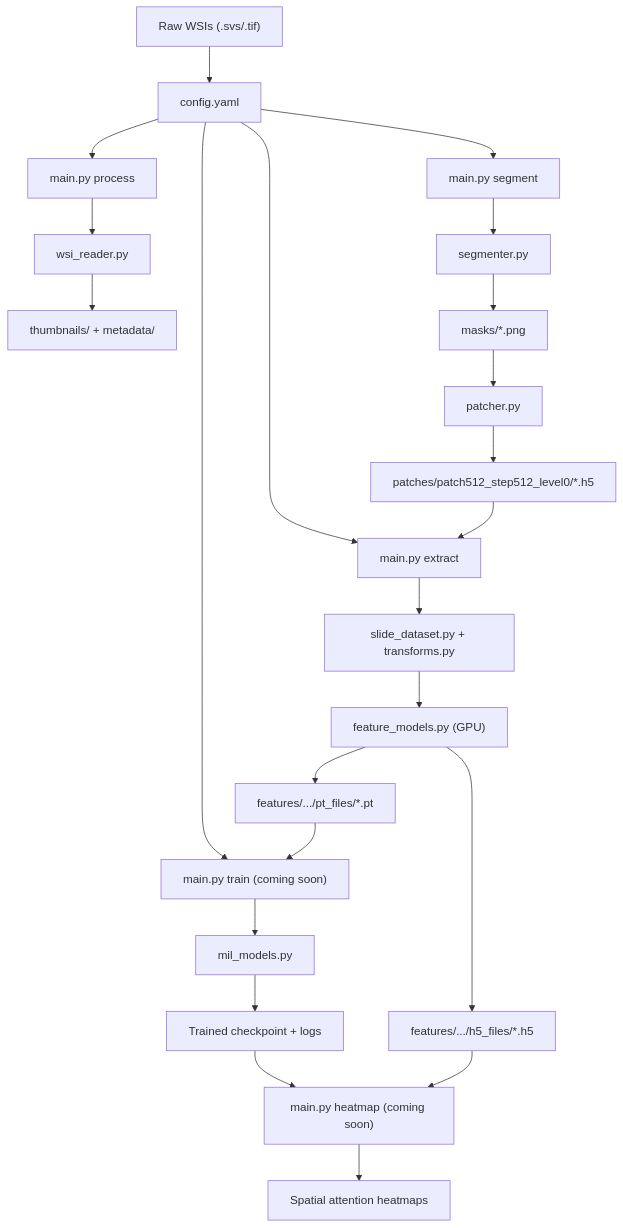
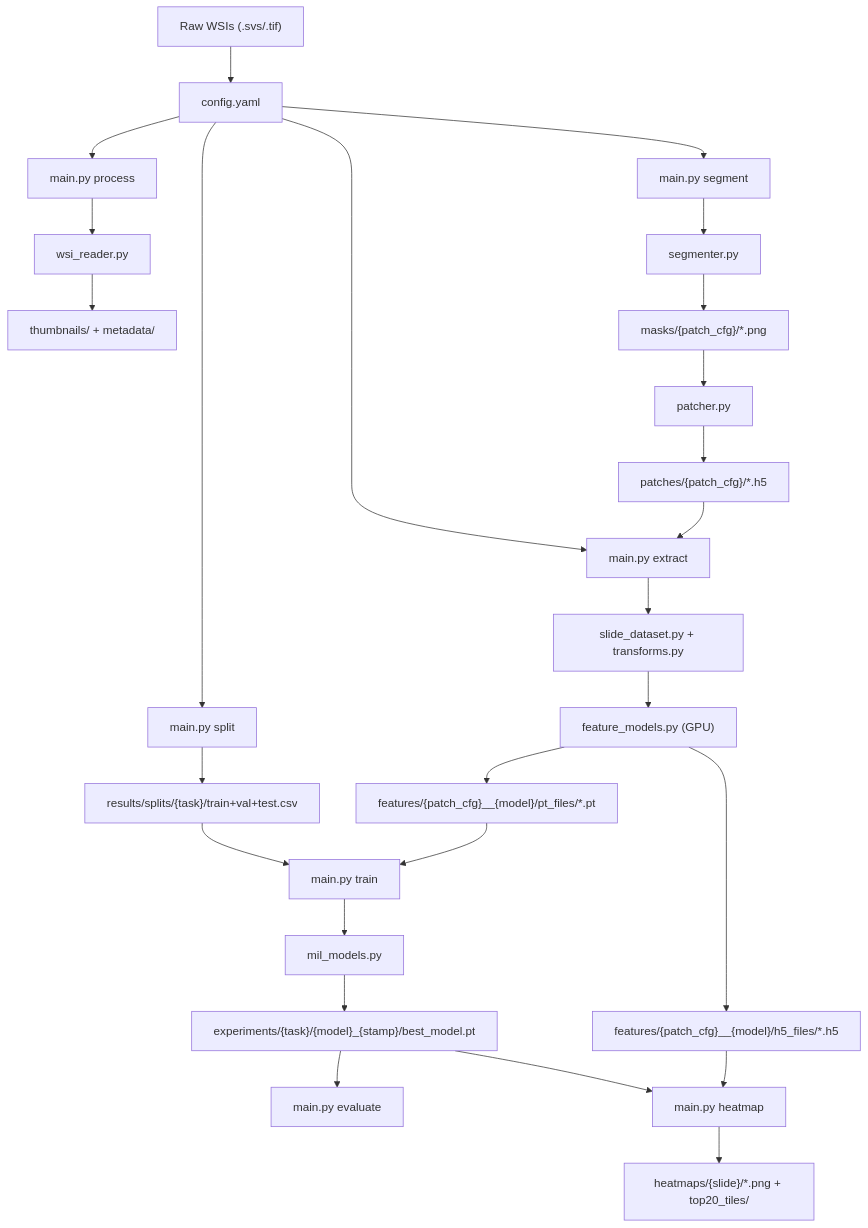
One commit to naffi192123/Scopium changed the diagram in docs/architecture.md. Above: the diagram before and after it, drawn with Mermaid. The commit also changed other lines of this file and 7 other files, not shown here.

Commit message:
feat: Implement dynamic subfolder overrides for patches and features

````diff
--- a/docs/architecture.md
+++ b/docs/architecture.md
@@ -59,29 +68,34 @@
 ```mermaid
 graph TD
     A["Raw WSIs (.svs/.tif)"] --> B["config.yaml"]
+
     B --> C["main.py process"]
     C --> D["wsi_reader.py"]
     D --> E["thumbnails/ + metadata/"]
 
     B --> F["main.py segment"]
     F --> G["segmenter.py"]
-    G --> H["masks/*.png"]
+    G --> H["masks/{patch_cfg}/*.png"]
     H --> I["patcher.py"]
-    I --> J["patches/patch512_step512_level0/*.h5"]
+    I --> J["patches/{patch_cfg}/*.h5"]
 
     B --> K["main.py extract"]
     J --> K
     K --> L["slide_dataset.py + transforms.py"]
     L --> M["feature_models.py (GPU)"]
-    M --> N["features/.../pt_files/*.pt"]
-    M --> O["features/.../h5_files/*.h5"]
+    M --> N["features/{patch_cfg}__{model}/pt_files/*.pt"]
+    M --> O["features/{patch_cfg}__{model}/h5_files/*.h5"]
 
-    B --> P["main.py train (coming soon)"]
-    N --> P
-    P --> Q["mil_models.py"]
-    Q --> R["Trained checkpoint + logs"]
+    B --> P["main.py split"]
+    P --> Q["results/splits/{task}/train+val+test.csv"]
 
-    R --> S["main.py heatmap (coming soon)"]
-    O --> S
-    S --> T["Spatial attention heatmaps"]
+    Q --> R["main.py train"]
+    N --> R
+    R --> S["mil_models.py"]
+    S --> T["experiments/{task}/{model}_{stamp}/best_model.pt"]
+
+    T --> U["main.py evaluate"]
+    T --> V["main.py heatmap"]
+    O --> V
+    V --> W["heatmaps/{slide}/*.png + top20_tiles/"]
 ```
````
